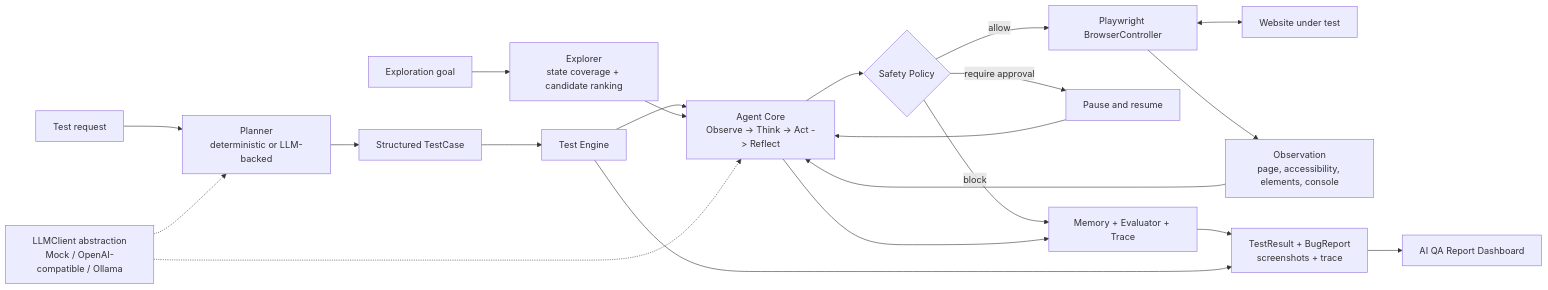
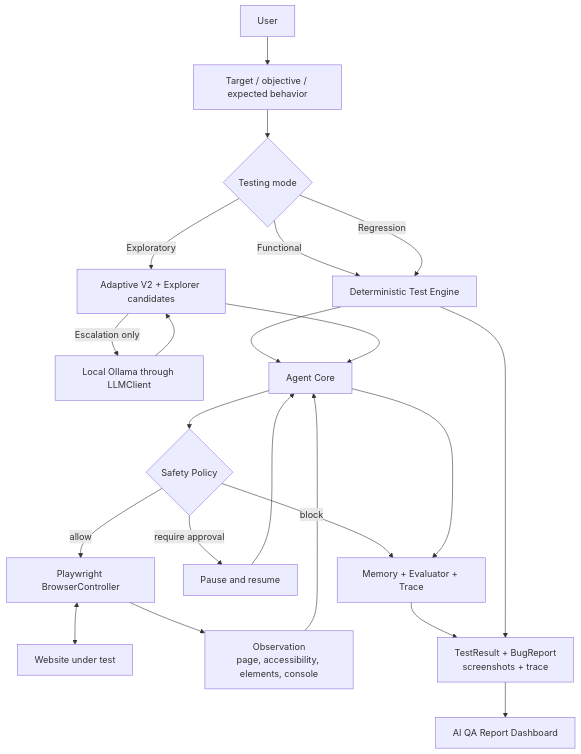
One commit to BoyuTian502/Vibe-QA changed the diagram in README.md. Above: the diagram before and after it, drawn with Mermaid. The commit also changed other lines of this file and 13 other files, not shown here.

Commit message:
chore: freeze alpha execution architecture

````diff
--- a/README.md
+++ b/README.md
@@ -48,23 +49,24 @@
 ```mermaid
-flowchart LR
-    Goal["Test request"] --> Planner["Planner<br/>deterministic or LLM-backed"]
-    Planner --> Case["Structured TestCase"]
-    Case --> Engine["Test Engine"]
-    ExploreGoal["Exploration goal"] --> Explorer["Explorer<br/>state coverage + candidate ranking"]
-    Engine --> Agent["Agent Core<br/>Observe -> Think -> Act -> Reflect"]
-    Explorer --> Agent
-    LLM["LLMClient abstraction<br/>Mock / OpenAI-compatible / Ollama"] -.-> Planner
-    LLM -.-> Agent
+flowchart TD
+    User --> Configuration["Target / objective / expected behavior"]
+    Configuration --> Mode{"Testing mode"}
+    Mode -->|Functional| Engine["Deterministic Test Engine"]
+    Mode -->|Regression| Engine
+    Mode -->|Exploratory| Adaptive["Adaptive V2 + Explorer candidates"]
+    Adaptive -->|Escalation only| LLM["Local Ollama through LLMClient"]
+    LLM --> Adaptive
+    Engine --> Agent["Agent Core"]
+    Adaptive --> Agent
     Agent --> Safety{"Safety Policy"}
     Safety -->|allow| Browser["Playwright BrowserController"]
     Safety -->|require approval| Approval["Pause and resume"]
     Safety -->|block| Runtime
     Approval --> Agent
     Browser <--> Website["Website under test"]
     Browser --> Observation["Observation<br/>page, accessibility, elements, console"]
     Observation --> Agent
     Agent --> Runtime["Memory + Evaluator + Trace"]
     Runtime --> Evidence["TestResult + BugReport<br/>screenshots + trace"]
     Engine --> Evidence
     Evidence --> Dashboard["AI QA Report Dashboard"]
 ```
````
